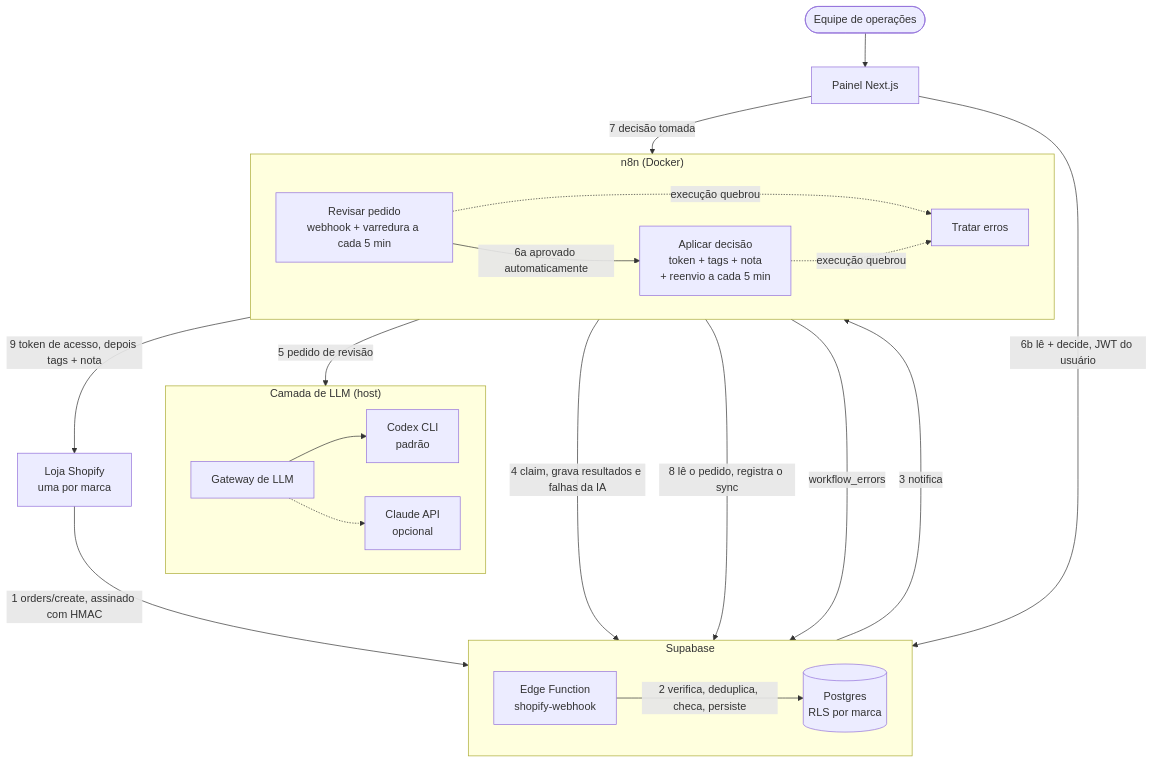
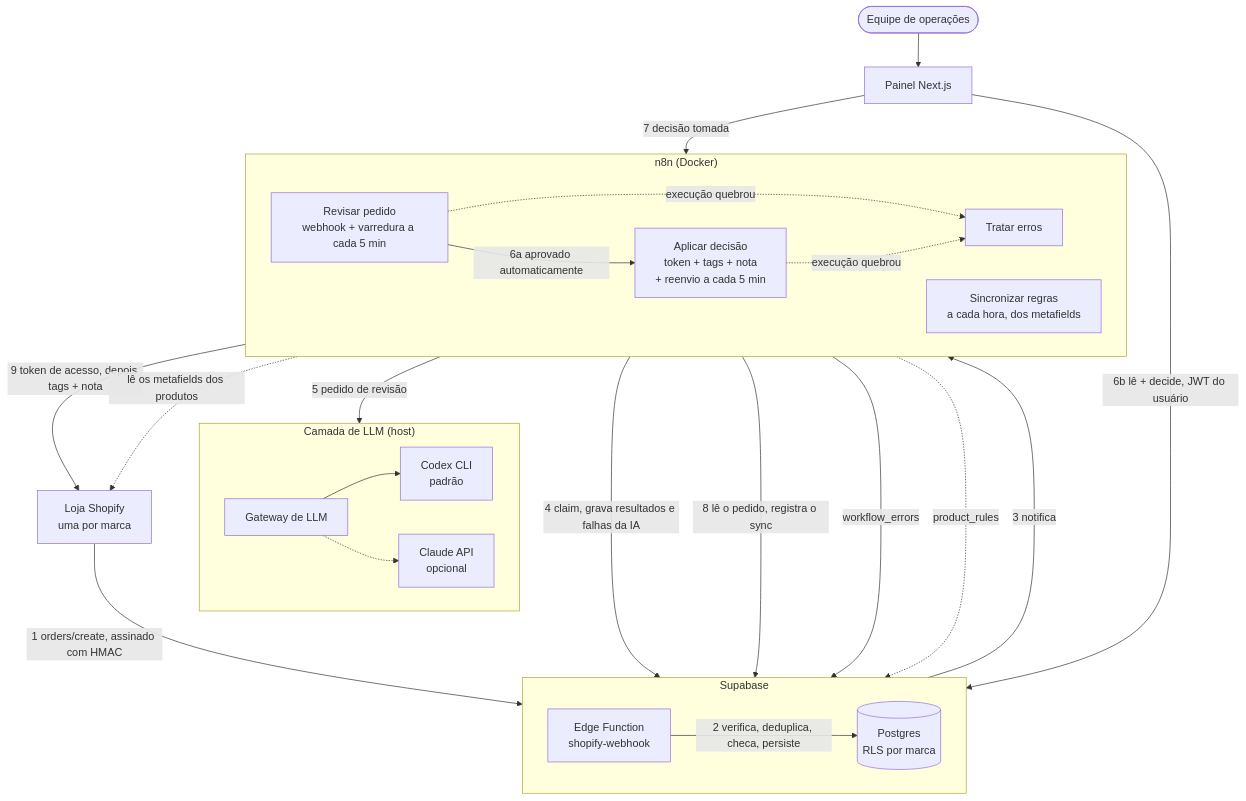
Before and after one commit to SamukDantas/order-ops-copilot: the first of 4 diagrams in README.pt-BR.md, drawn with Mermaid. The commit also changed other lines of this file and 11 other files, not shown here.

First line of the commit message:
feat: limites por produto lidos dos metafields do Shopify

````diff
--- a/README.pt-BR.md
+++ b/README.pt-BR.md
@@ -41,44 +41,47 @@
 ```mermaid
 flowchart TB
     STORE["Loja Shopify<br/>uma por marca"]
     OPS(["Equipe de operações"])
 
     subgraph SB["Supabase"]
         direction LR
         EF["Edge Function<br/>shopify-webhook"]
         DB[("Postgres<br/>RLS por marca")]
     end
 
     subgraph N8N["n8n (Docker)"]
         direction LR
         WF1["Revisar pedido<br/>webhook + varredura a cada 5 min"]
         WF2["Aplicar decisão<br/>token + tags + nota<br/>+ reenvio a cada 5 min"]
         WF3["Tratar erros"]
+        WF4["Sincronizar regras<br/>a cada hora, dos metafields"]
     end
 
     subgraph HOST["Camada de LLM (host)"]
         direction LR
         GW["Gateway de LLM"]
         CODEX["Codex CLI<br/>padrão"]
         CLAUDE["Claude API<br/>opcional"]
     end
 
     UI["Painel Next.js"]
 
     STORE -- "1 orders/create, assinado com HMAC" --> EF
     EF -- "2 verifica, deduplica, checa, persiste" --> DB
     EF -- "3 notifica" --> WF1
     WF1 -- "4 claim, grava resultados e falhas da IA" --> DB
     WF1 -- "5 pedido de revisão" --> GW
     GW --> CODEX
     GW -.-> CLAUDE
     WF1 -- "6a aprovado automaticamente" --> WF2
     OPS --> UI
     UI -- "6b lê + decide, JWT do usuário" --> DB
     UI -- "7 decisão tomada" --> WF2
     WF2 -- "8 lê o pedido, registra o sync" --> DB
     WF2 -- "9 token de acesso, depois tags + nota" --> STORE
     WF1 -. "execução quebrou" .-> WF3
     WF2 -. "execução quebrou" .-> WF3
     WF3 -- "workflow_errors" --> DB
+    WF4 -. "lê os metafields dos produtos" .-> STORE
+    WF4 -. "product_rules" .-> DB
 ```
````
